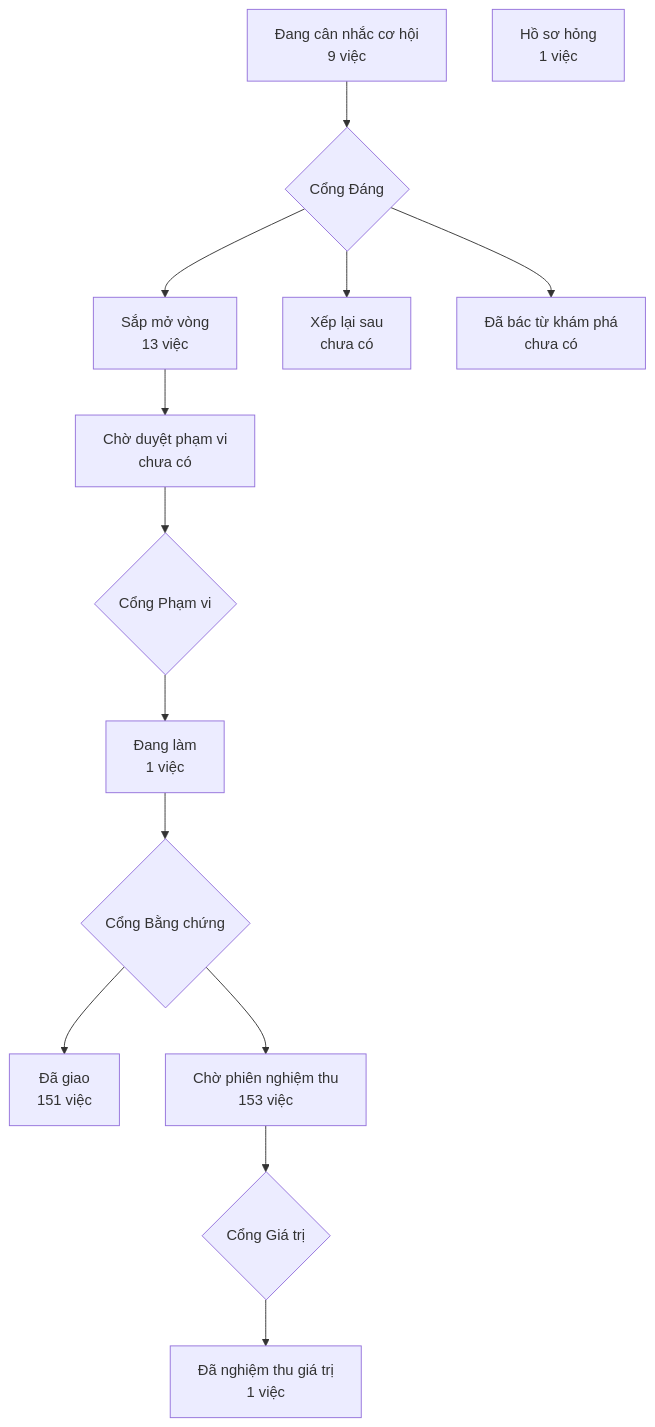
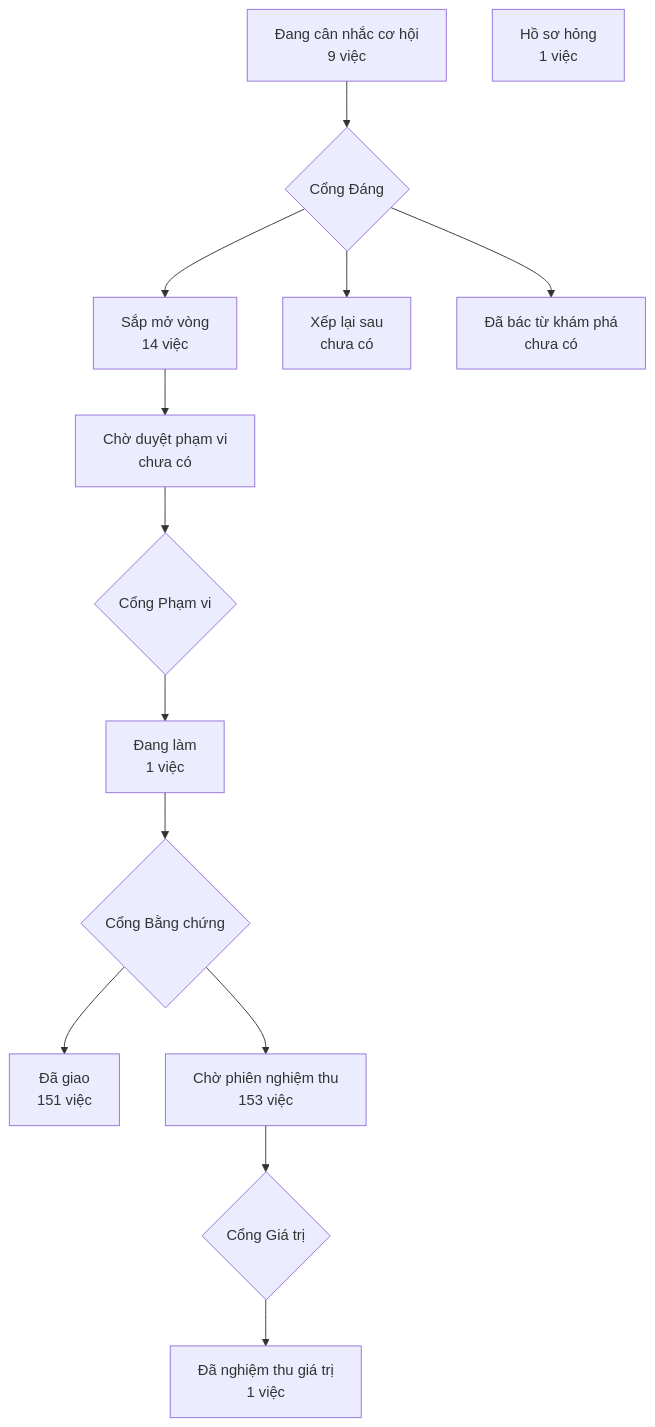
One commit to phanlemanh/crm-onehub changed the diagram in PRODUCT-MAP.md. Above: the diagram before and after it, drawn with Mermaid. The commit also changed other lines of this file and 1 other file, not shown here.

Commit message:
docs(model-theo-vai-do-lai): vẽ lại bản đồ sau gộp onehub abbdab0dc

````diff
--- a/PRODUCT-MAP.md
+++ b/PRODUCT-MAP.md
@@ -7,13 +7,13 @@
 ```mermaid
 flowchart TD
   A["Đang cân nhắc cơ hội<br/>9 việc"] --> GD{"Cổng Đáng"}
-  GD --> B["Sắp mở vòng<br/>13 việc"]
+  GD --> B["Sắp mở vòng<br/>14 việc"]
   GD --> XL["Xếp lại sau<br/>chưa có"]
   GD --> DB["Đã bác từ khám phá<br/>chưa có"]
   B --> CD["Chờ duyệt phạm vi<br/>chưa có"] --> GP{"Cổng Phạm vi"}
   GP --> DL["Đang làm<br/>1 việc"] --> GB{"Cổng Bằng chứng"}
   GB --> DG["Đã giao<br/>151 việc"]
   GB --> CN["Chờ phiên nghiệm thu<br/>153 việc"] --> GG{"Cổng Giá trị"}
   GG --> NT["Đã nghiệm thu giá trị<br/>1 việc"]
   HS["Hồ sơ hỏng<br/>1 việc"]
 ```
````
